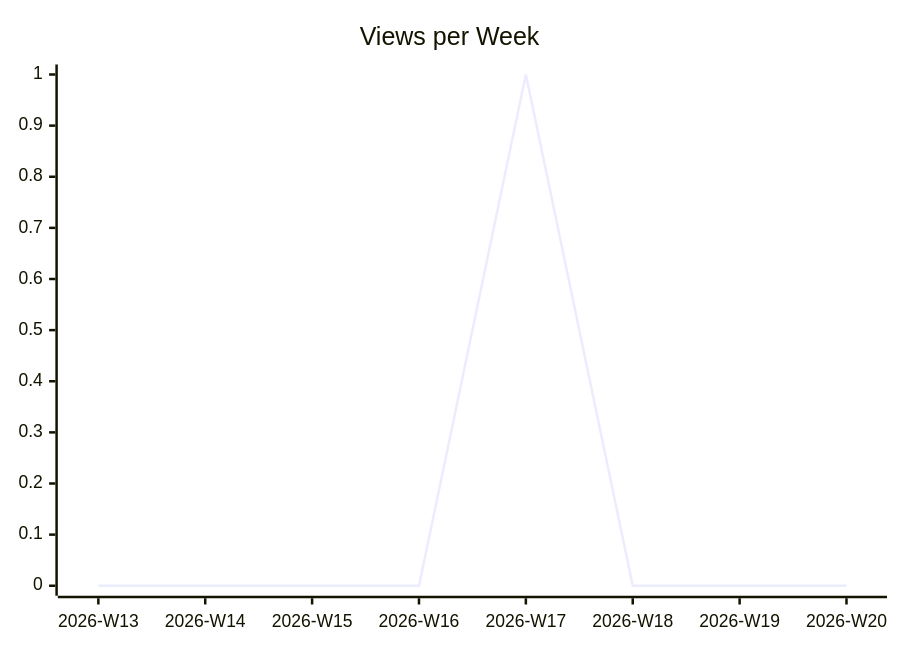
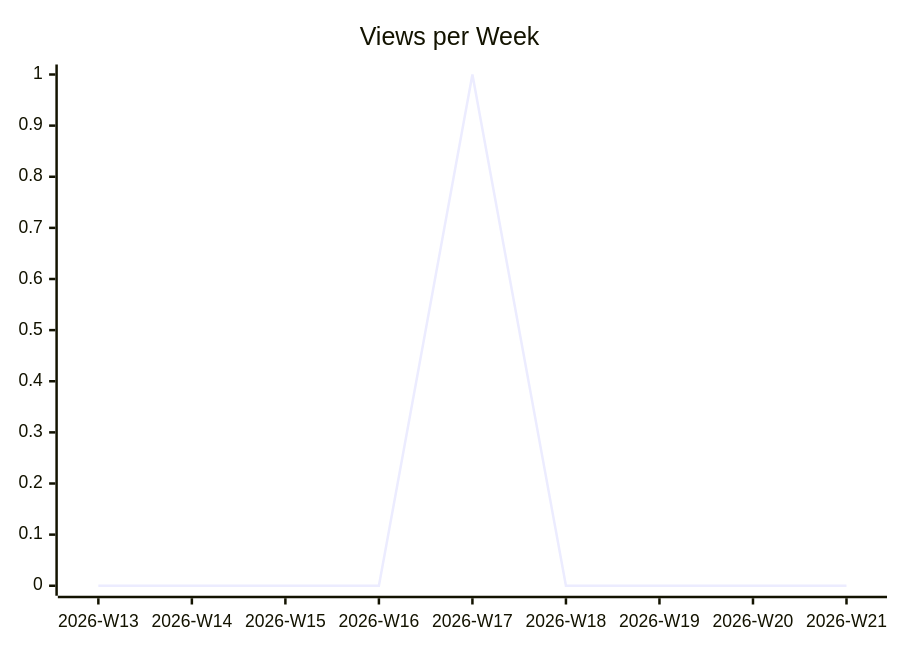
One commit to justdavis-family/github-analytics-data changed the second of 3 diagrams in karlmdavis/ansible-role-rcm-dotfiles/README.md. Above: the diagram before and after it, drawn with Mermaid. The commit also changed other lines of this file and 189 other files, not shown here.

````diff
--- a/karlmdavis/ansible-role-rcm-dotfiles/README.md
+++ b/karlmdavis/ansible-role-rcm-dotfiles/README.md
@@ -12,6 +12,6 @@
 ```mermaid
 xychart-beta
   title "Views per Week"
-  x-axis ["2026-W13", "2026-W14", "2026-W15", "2026-W16", "2026-W17", "2026-W18", "2026-W19", "2026-W20"]
-  line [0, 0, 0, 0, 1, 0, 0, 0]
+  x-axis ["2026-W13", "2026-W14", "2026-W15", "2026-W16", "2026-W17", "2026-W18", "2026-W19", "2026-W20", "2026-W21"]
+  line [0, 0, 0, 0, 1, 0, 0, 0, 0]
 ```
````
